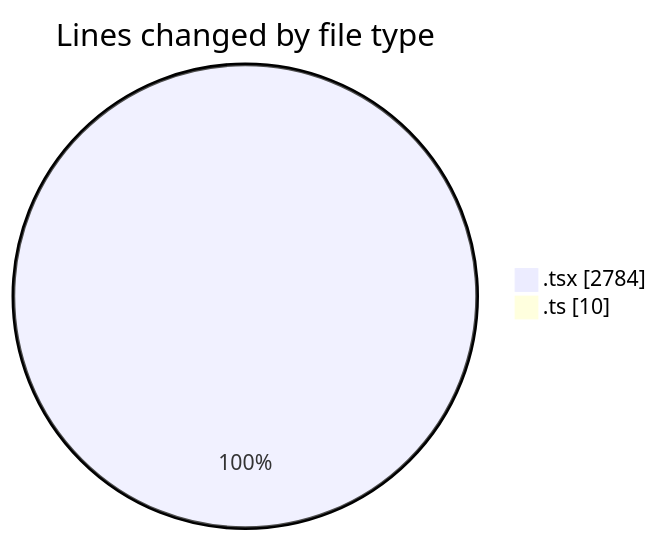
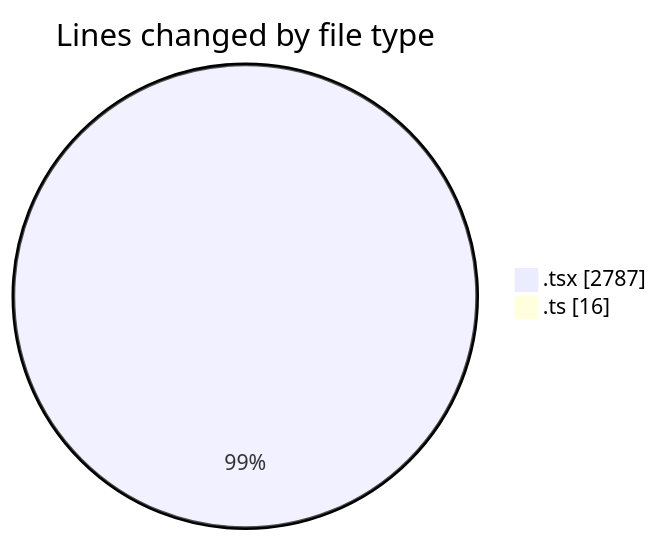
The first of 2 diagrams in 2025-11-07/cda/README.md (momahboobian/code-tracking), drawn with Mermaid before and after one commit. The commit also changed other lines of this file and 1 other file, not shown here.

````diff
--- a/2025-11-07/cda/README.md
+++ b/2025-11-07/cda/README.md
@@ -21,6 +21,6 @@
 ```mermaid
 pie showData
 title Lines changed by file type
-".tsx" : 2784
-".ts" : 10
+".tsx" : 2787
+".ts" : 16
 ```
````
